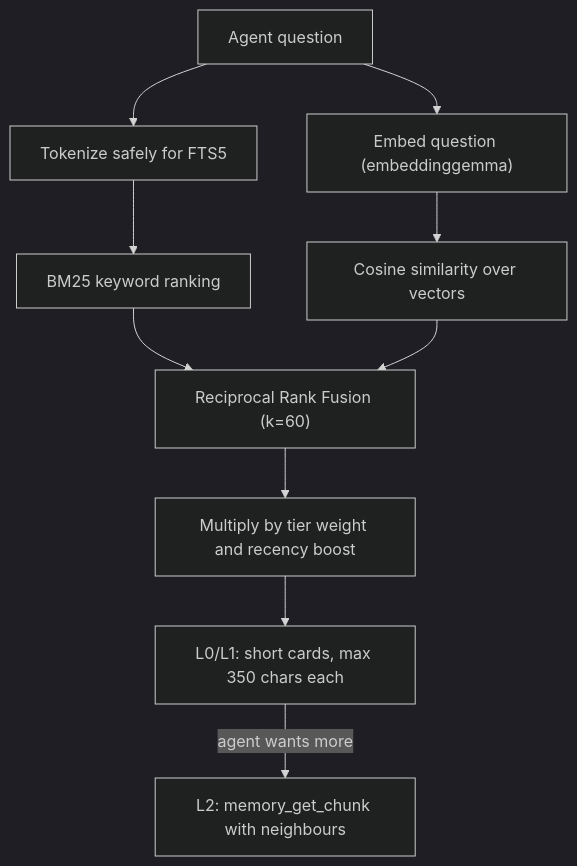
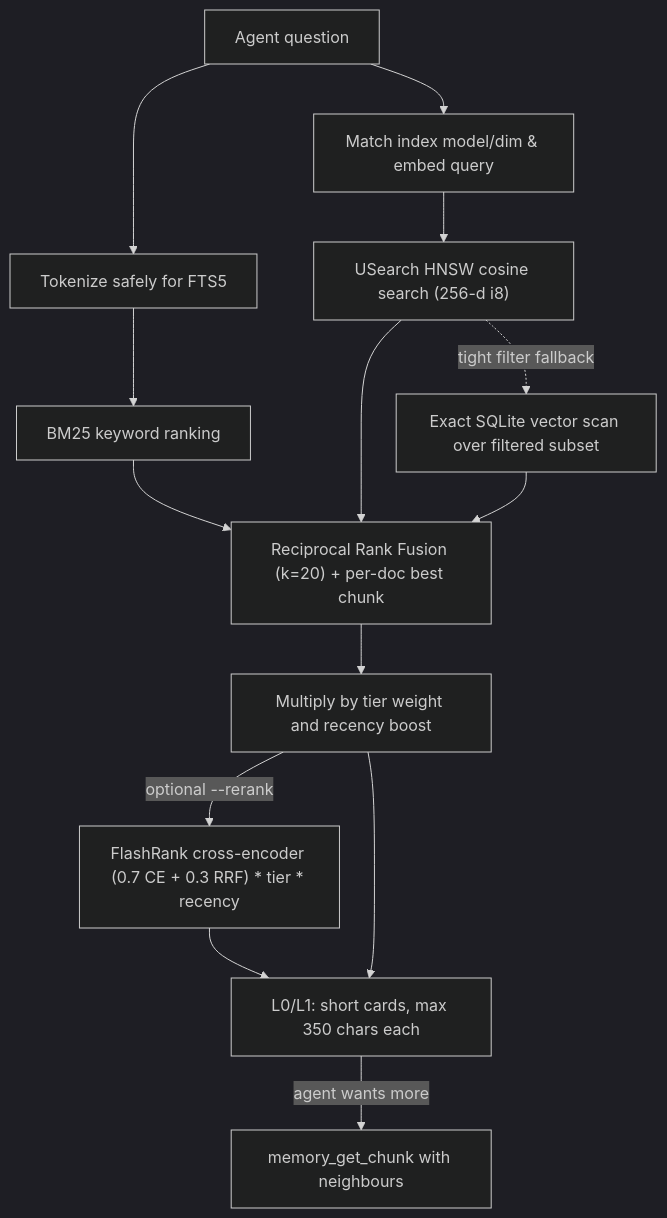
One commit to VAMFI/chittam changed the second of 2 diagrams in docs/ARCHITECTURE.md. Above: the diagram before and after it, drawn with Mermaid (dark theme). The commit also changed other lines of this file and 22 other files, not shown here.

Commit message:
feat(engine): Chittam v0.2.0 core engine (USearch, Matryoshka i8, dedup, watch, rerank, doctor)

````diff
--- a/docs/ARCHITECTURE.md
+++ b/docs/ARCHITECTURE.md
@@ -102,12 +109,16 @@
 ```mermaid
 flowchart TD
     Q["Agent question"] --> T["Tokenize safely for FTS5"]
-    Q --> E["Embed question (embeddinggemma)"]
+    Q --> E["Match index model/dim & embed query"]
     T --> B["BM25 keyword ranking"]
-    E --> V["Cosine similarity over vectors"]
-    B --> R["Reciprocal Rank Fusion (k=60)"]
+    E --> V["USearch HNSW cosine search (256-d i8)"]
+    V -.->|"tight filter fallback"| SF["Exact SQLite vector scan over filtered subset"]
+    B --> R["Reciprocal Rank Fusion (k=20) + per-doc best chunk"]
     V --> R
+    SF --> R
     R --> W["Multiply by tier weight and recency boost"]
-    W --> L0["L0/L1: short cards, max 350 chars each"]
-    L0 -->|"agent wants more"| L2["L2: memory_get_chunk with neighbours"]
+    W -->|"optional --rerank"| CE["FlashRank cross-encoder (0.7 CE + 0.3 RRF) * tier * recency"]
+    CE --> L0["L0/L1: short cards, max 350 chars each"]
+    W --> L0
+    L0 -->|"agent wants more"| L2["memory_get_chunk with neighbours"]
 ```
````
